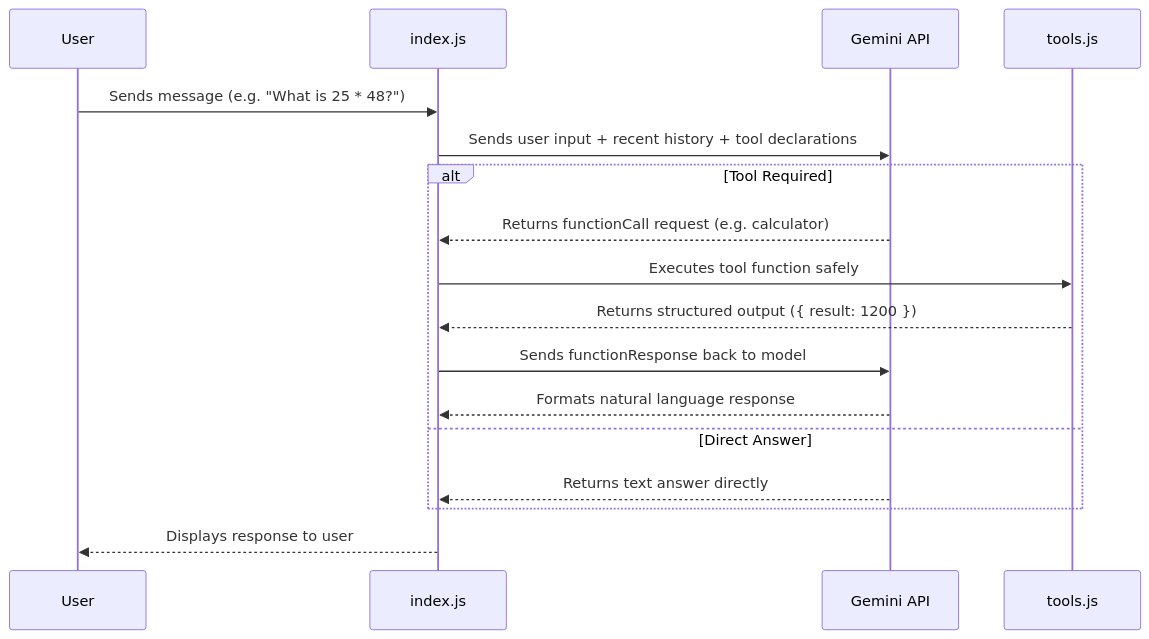
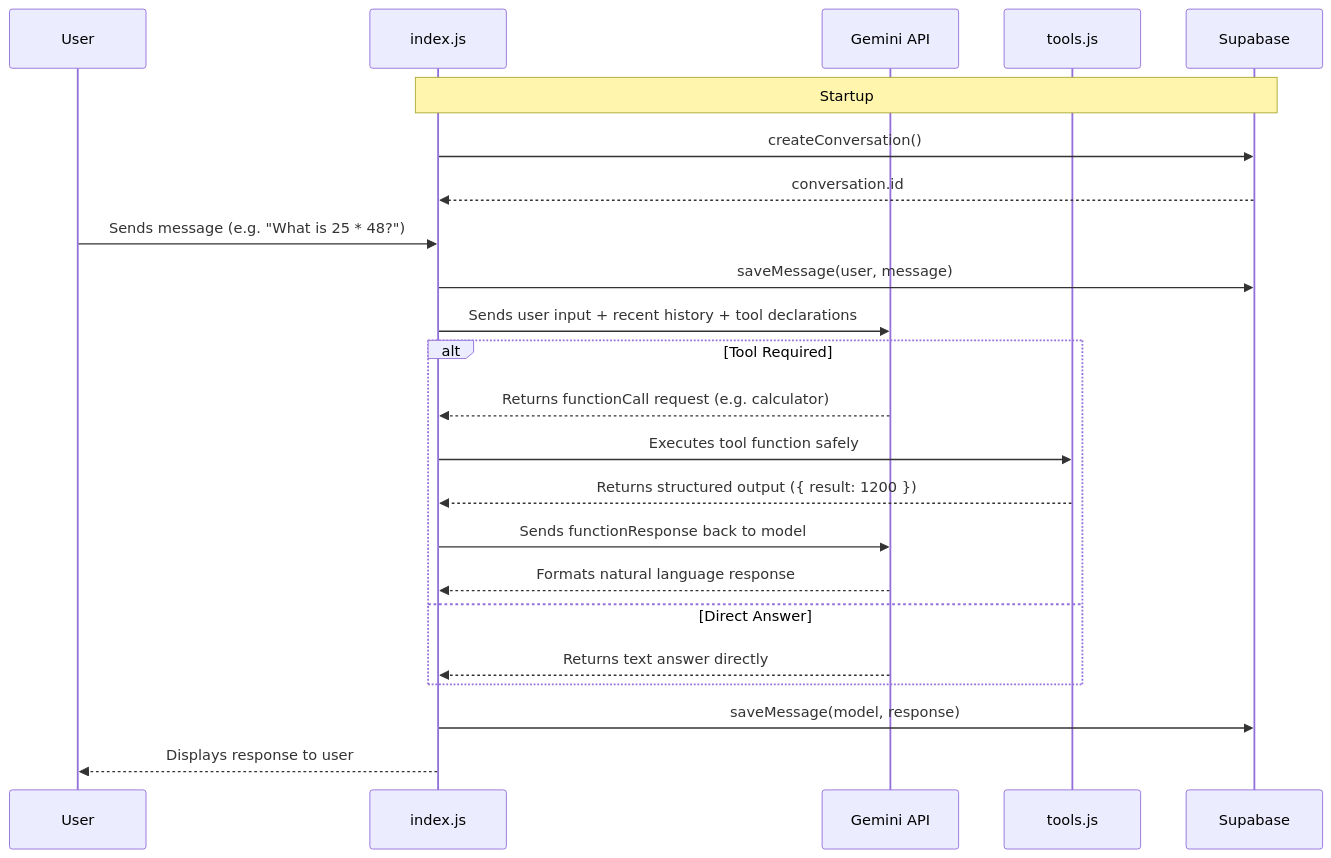
One commit to nxshahbaz-crypto/AI-agent_mark-1 changed the diagram in README.md. Above: the diagram before and after it, drawn with Mermaid. The commit also changed other lines of this file and 6 other files, not shown here.

First line of the commit message:
feat: add persistent conversation memory with Supabase

````diff
--- a/README.md
+++ b/README.md
@@ -62,20 +100,27 @@
 ```mermaid
 sequenceDiagram
     participant User
     participant CLI as index.js
     participant Gemini as Gemini API
     participant Tools as tools.js
+    participant DB as Supabase
+
+    Note over CLI,DB: Startup
+    CLI->>DB: createConversation()
+    DB-->>CLI: conversation.id
 
     User->>CLI: Sends message (e.g. "What is 25 * 48?")
+    CLI->>DB: saveMessage(user, message)
     CLI->>Gemini: Sends user input + recent history + tool declarations
     alt Tool Required
         Gemini-->>CLI: Returns functionCall request (e.g. calculator)
         CLI->>Tools: Executes tool function safely
         Tools-->>CLI: Returns structured output ({ result: 1200 })
         CLI->>Gemini: Sends functionResponse back to model
         Gemini-->>CLI: Formats natural language response
     else Direct Answer
         Gemini-->>CLI: Returns text answer directly
     end
+    CLI->>DB: saveMessage(model, response)
     CLI-->>User: Displays response to user
 ```
````
